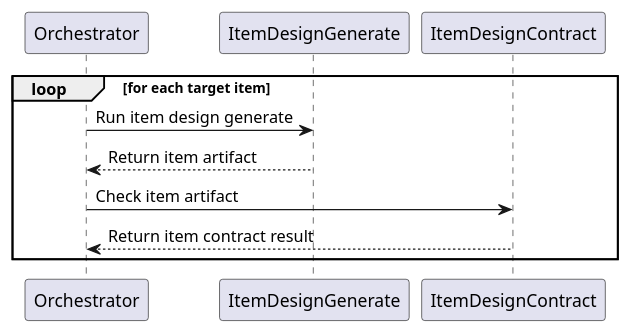
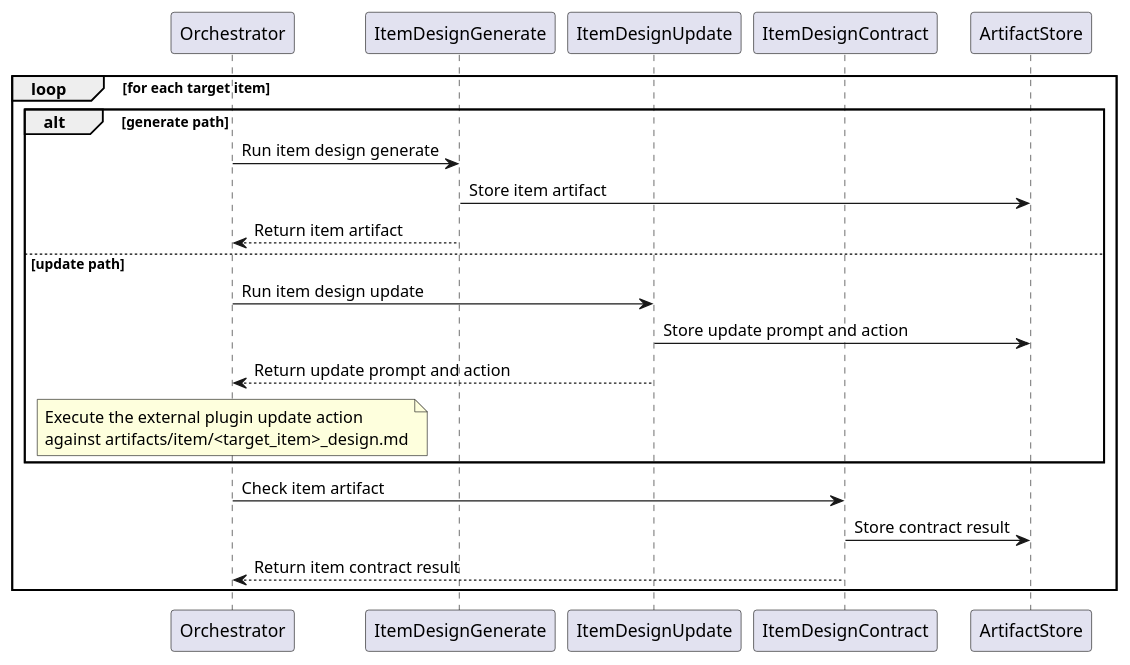
One commit to lucky-chen/ai_workflow_travel changed the second of 4 diagrams in project_layer/docs/breakdown_docs/item_design.md. Above: the diagram before and after it, drawn with PlantUML. The commit also changed other lines of this file and 16 other files, not shown here.

````diff
--- a/project_layer/docs/breakdown_docs/item_design.md
+++ b/project_layer/docs/breakdown_docs/item_design.md
@@ -89,14 +99,28 @@
 ```plantuml
 @startuml
 participant Orchestrator
 participant ItemDesignGenerate
+participant ItemDesignUpdate
 participant ItemDesignContract
+participant ArtifactStore
 
 loop for each target item
-  Orchestrator -> ItemDesignGenerate: Run item design generate
-  ItemDesignGenerate --> Orchestrator: Return item artifact
+  alt generate path
+    Orchestrator -> ItemDesignGenerate: Run item design generate
+    ItemDesignGenerate -> ArtifactStore: Store item artifact
+    ItemDesignGenerate --> Orchestrator: Return item artifact
+  else update path
+    Orchestrator -> ItemDesignUpdate: Run item design update
+    ItemDesignUpdate -> ArtifactStore: Store update prompt and action
+    ItemDesignUpdate --> Orchestrator: Return update prompt and action
+    note over Orchestrator
+      Execute the external plugin update action
+      against artifacts/item/<target_item>_design.md
+    end note
+  end
   Orchestrator -> ItemDesignContract: Check item artifact
+  ItemDesignContract -> ArtifactStore: Store contract result
   ItemDesignContract --> Orchestrator: Return item contract result
 end
 @enduml
 ```
````
